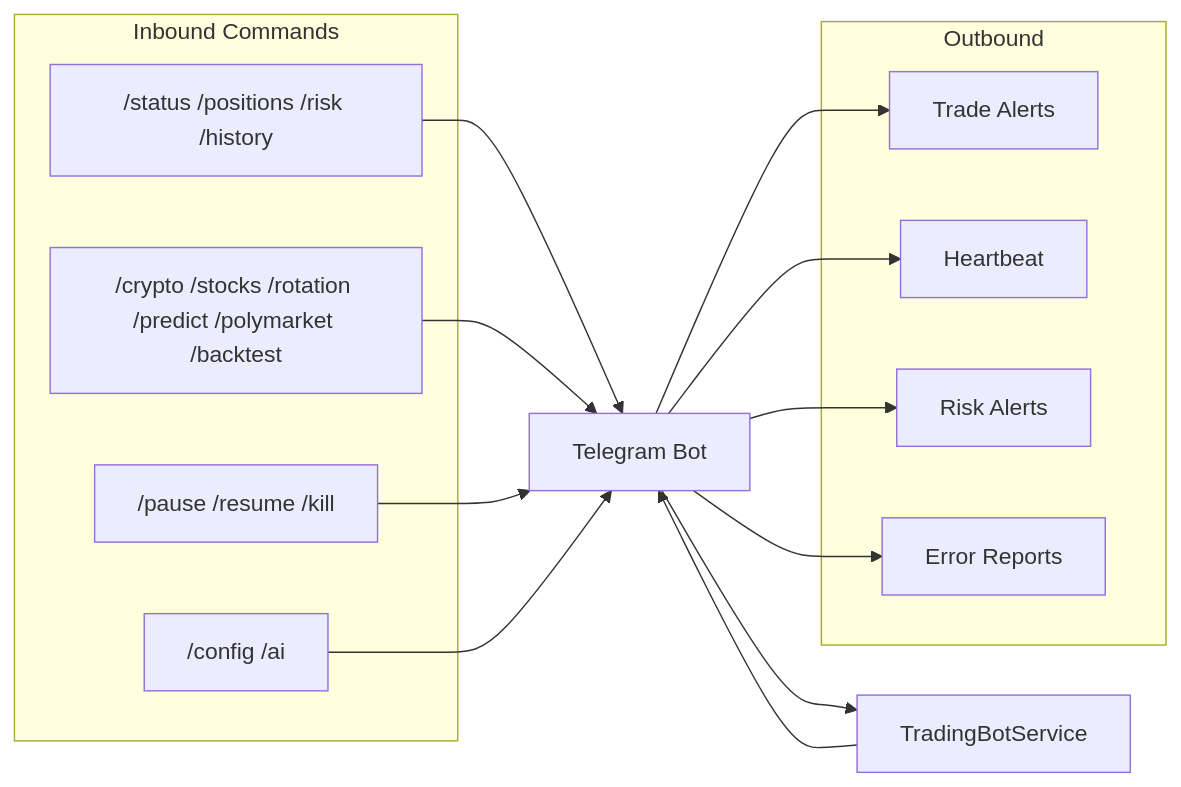
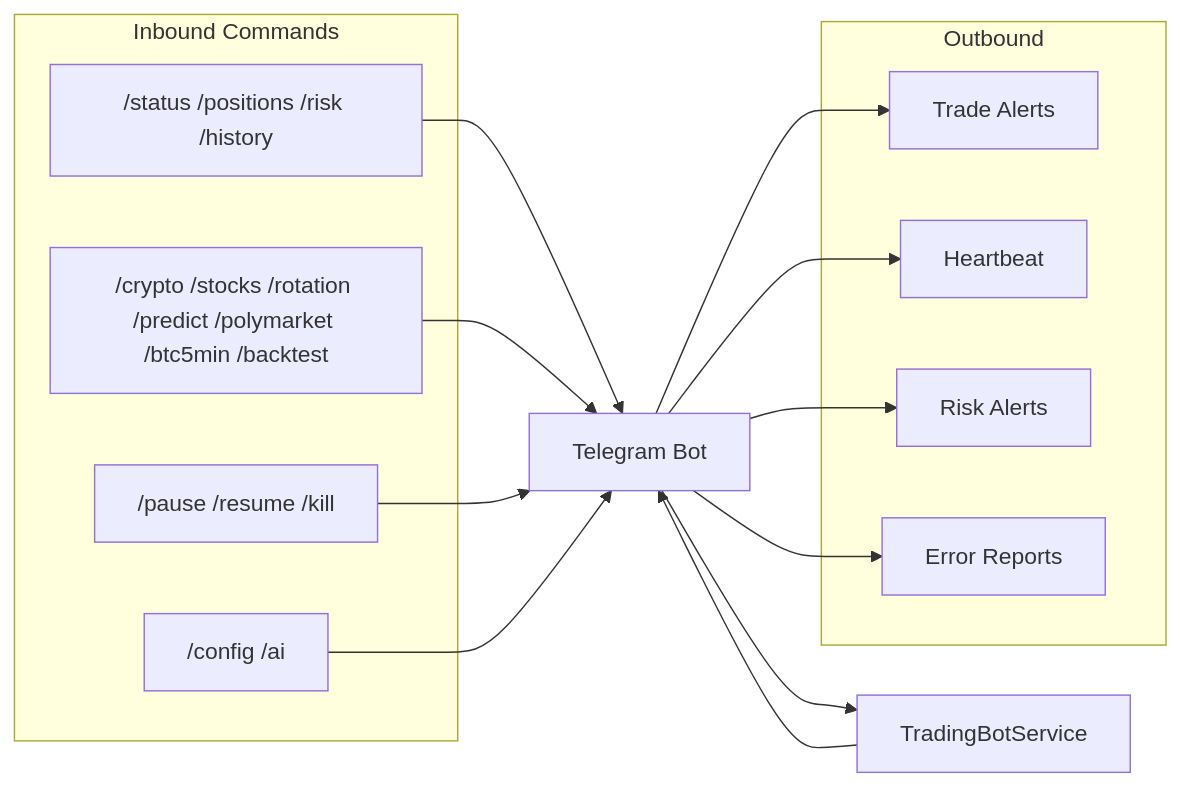
The fifth of 5 diagrams in README.md (sherifconteh-collab/Zulubot), drawn with Mermaid before and after one commit. The commit also changed other lines of this file and 2 other files, not shown here.

````diff
--- a/README.md
+++ b/README.md
@@ -359,31 +383,31 @@
 ```mermaid
 graph LR
     subgraph Outbound
         TA["Trade Alerts"]
         HB["Heartbeat"]
         RA["Risk Alerts"]
         ER["Error Reports"]
     end
 
     subgraph "Inbound Commands"
         MON["/status /positions /risk /history"]
-        EXEC["/crypto /stocks /rotation /predict /polymarket /backtest"]
+        EXEC["/crypto /stocks /rotation /predict /polymarket /btc5min /backtest"]
         CTRL["/pause /resume /kill"]
         CFG["/config /ai"]
     end
 
     BOT["Telegram Bot"]
     SVC2["TradingBotService"]
 
     SVC2 --> BOT
     BOT --> TA
     BOT --> HB
     BOT --> RA
     BOT --> ER
 
     MON --> BOT
     EXEC --> BOT
     CTRL --> BOT
     CFG --> BOT
     BOT --> SVC2
 ```
````
